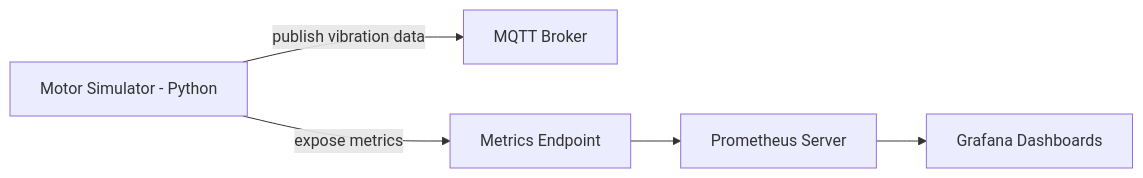
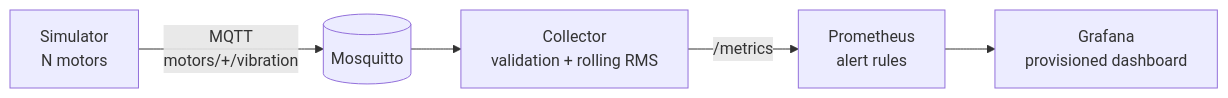
One commit to YaelTriana/iot-motor-monitoring-system changed the diagram in README.md. Above: the diagram before and after it, drawn with Mermaid. The commit also changed other lines of this file and 20 other files, not shown here.

`````diff
--- a/README.md
+++ b/README.md
@@ -27,18 +24,7 @@
 ```mermaid
 flowchart LR
-
-Simulator[Motor Simulator - Python]
-
-MQTT[MQTT Broker]
-
-Exporter[Metrics Endpoint]
-
-Prometheus[Prometheus Server]
-
-Grafana[Grafana Dashboards]
-
-Simulator -->|publish vibration data| MQTT
-Simulator -->|expose metrics| Exporter
-Exporter --> Prometheus
-Prometheus --> Grafana
-````
+    S[Simulator<br/>N motors] -- "MQTT<br/>motors/+/vibration" --> B[(Mosquitto)]
+    B --> C[Collector<br/>validation + rolling RMS]
+    C -- "/metrics" --> P[Prometheus<br/>alert rules]
+    P --> G[Grafana<br/>provisioned dashboard]
+```
`````
